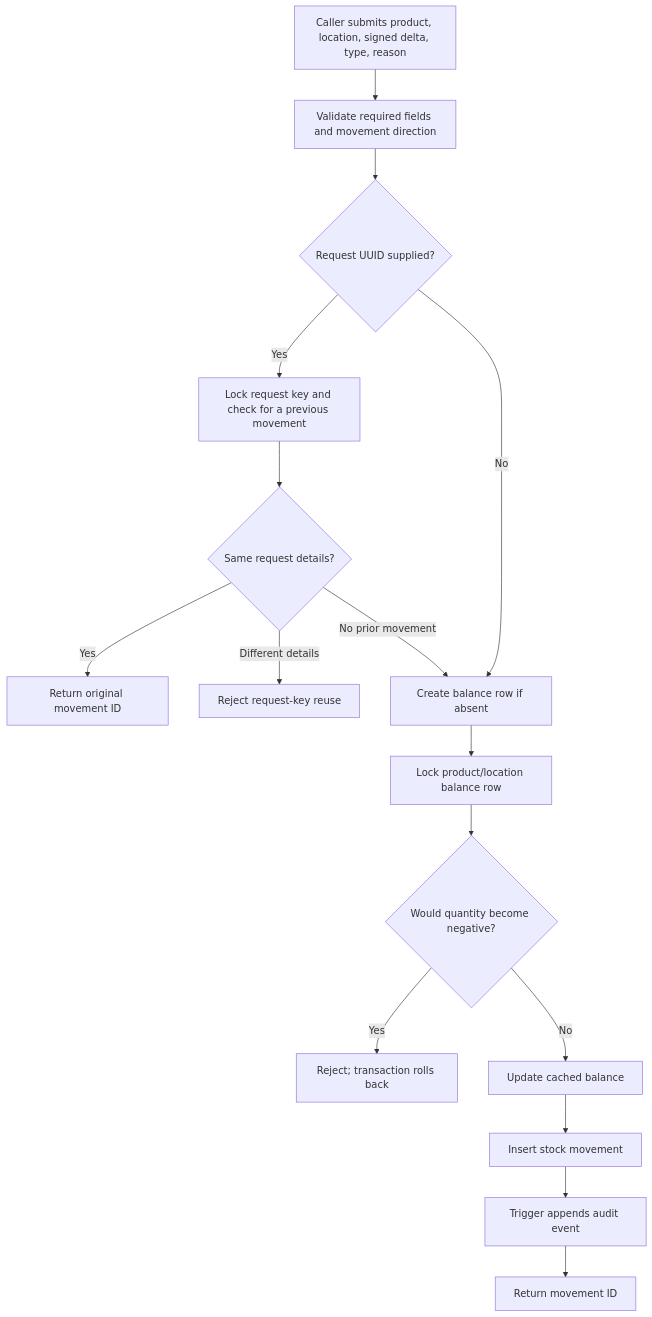
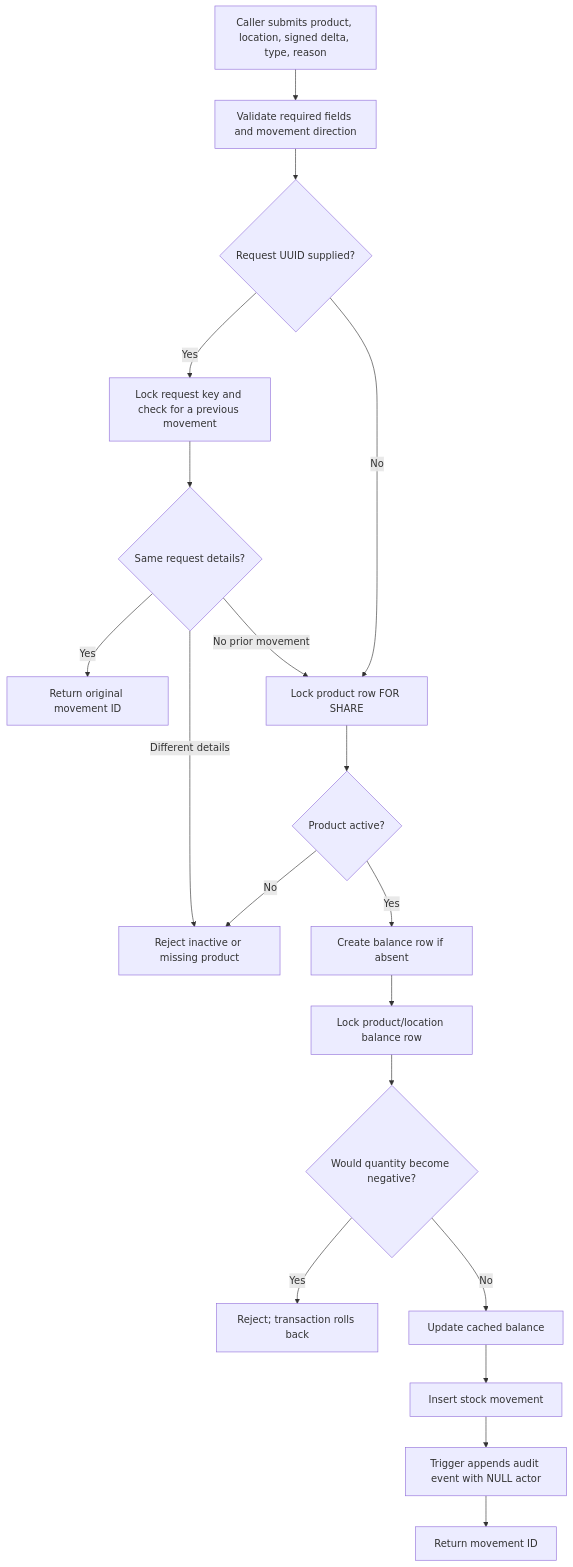
One commit to sysinfo7/Inventory_System changed the second of 2 diagrams in docs/EMPLOYER_DATABASE_DESIGN.md. Above: the diagram before and after it, drawn with Mermaid. The commit also changed other lines of this file and 22 other files, not shown here.

````diff
--- a/docs/EMPLOYER_DATABASE_DESIGN.md
+++ b/docs/EMPLOYER_DATABASE_DESIGN.md
@@ -102,18 +102,21 @@
 ```mermaid
 flowchart TD
     A[Caller submits product, location, signed delta, type, reason] --> B[Validate required fields and movement direction]
     B --> C{Request UUID supplied?}
     C -- Yes --> D[Lock request key and check for a previous movement]
     D --> E{Same request details?}
     E -- Yes --> F[Return original movement ID]
     E -- Different details --> X[Reject request-key reuse]
-    E -- No prior movement --> G[Create balance row if absent]
+    E -- No prior movement --> G[Lock product row FOR SHARE]
     C -- No --> G
-    G --> H[Lock product/location balance row]
-    H --> I{Would quantity become negative?}
-    I -- Yes --> J[Reject; transaction rolls back]
-    I -- No --> K[Update cached balance]
-    K --> L[Insert stock movement]
-    L --> M[Trigger appends audit event]
-    M --> N[Return movement ID]
+    G --> H{Product active?}
+    H -- No --> X[Reject inactive or missing product]
+    H -- Yes --> I[Create balance row if absent]
+    I --> J[Lock product/location balance row]
+    J --> K{Would quantity become negative?}
+    K -- Yes --> L[Reject; transaction rolls back]
+    K -- No --> M[Update cached balance]
+    M --> N[Insert stock movement]
+    N --> O[Trigger appends audit event with NULL actor]
+    O --> P[Return movement ID]
 ```
````
